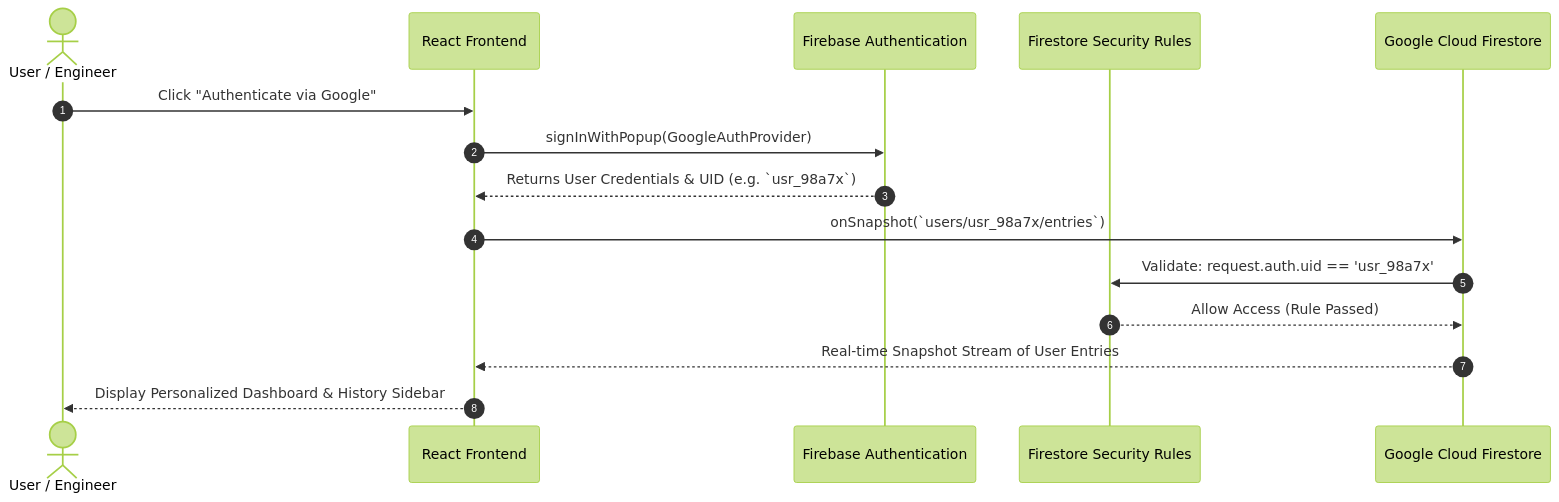
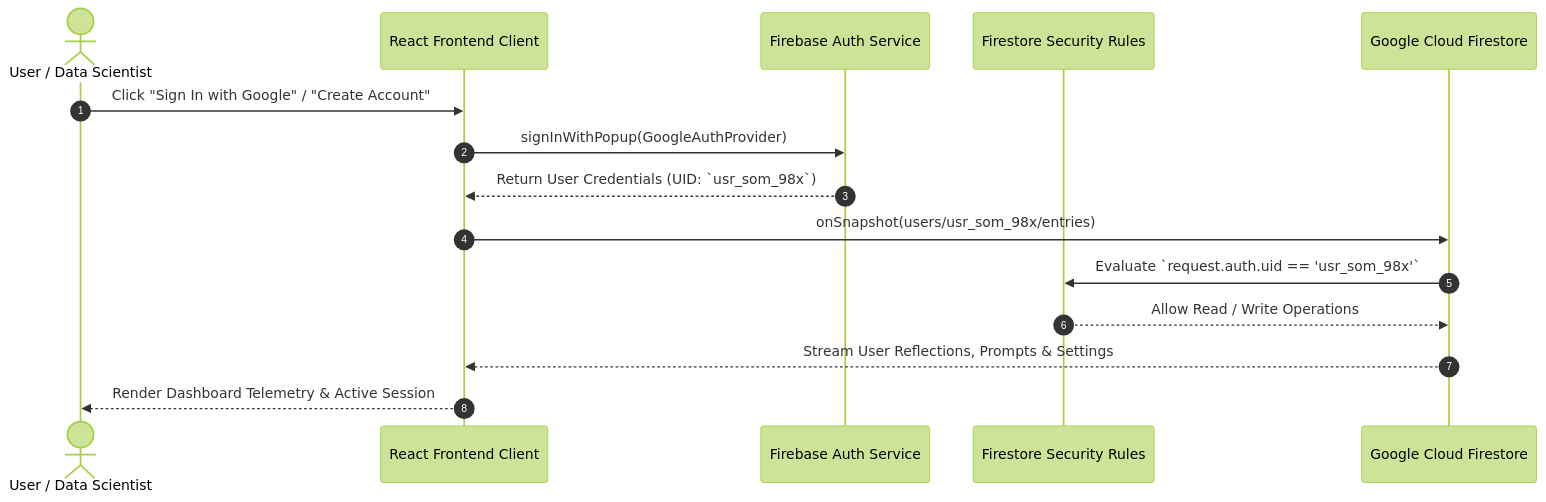
Before and after one commit to mauryasomkumar-pixel/somotoz: the third of 5 diagrams in README.md, drawn with Mermaid (forest theme). The commit also changed other lines of this file and 14 other files, not shown here.

````diff
--- a/README.md
+++ b/README.md
@@ -115,18 +134,18 @@
 ```mermaid
 sequenceDiagram
     autonumber
-    actor User as User / Engineer
-    participant App as React Frontend
-    participant Auth as Firebase Authentication
+    actor User as User / Data Scientist
+    participant App as React Frontend Client
+    participant Auth as Firebase Auth Service
     participant Rules as Firestore Security Rules
     participant DB as Google Cloud Firestore
 
-    User->>App: Click "Authenticate via Google"
+    User->>App: Click "Sign In with Google" / "Create Account"
     App->>Auth: signInWithPopup(GoogleAuthProvider)
-    Auth-->>App: Returns User Credentials & UID (e.g. `usr_98a7x`)
-    App->>DB: onSnapshot(`users/usr_98a7x/entries`)
-    DB->>Rules: Validate: request.auth.uid == 'usr_98a7x'
-    Rules-->>DB: Allow Access (Rule Passed)
-    DB-->>App: Real-time Snapshot Stream of User Entries
-    App-->>User: Display Personalized Dashboard & History Sidebar
+    Auth-->>App: Return User Credentials (UID: `usr_som_98x`)
+    App->>DB: onSnapshot(users/usr_som_98x/entries)
+    DB->>Rules: Evaluate `request.auth.uid == 'usr_som_98x'`
+    Rules-->>DB: Allow Read / Write Operations
+    DB-->>App: Stream User Reflections, Prompts & Settings
+    App-->>User: Render Dashboard Telemetry & Active Session
 ```
````
